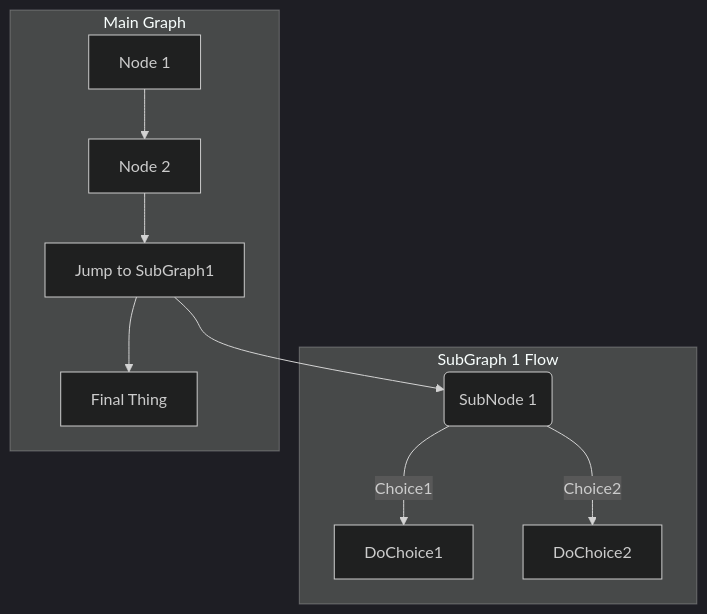
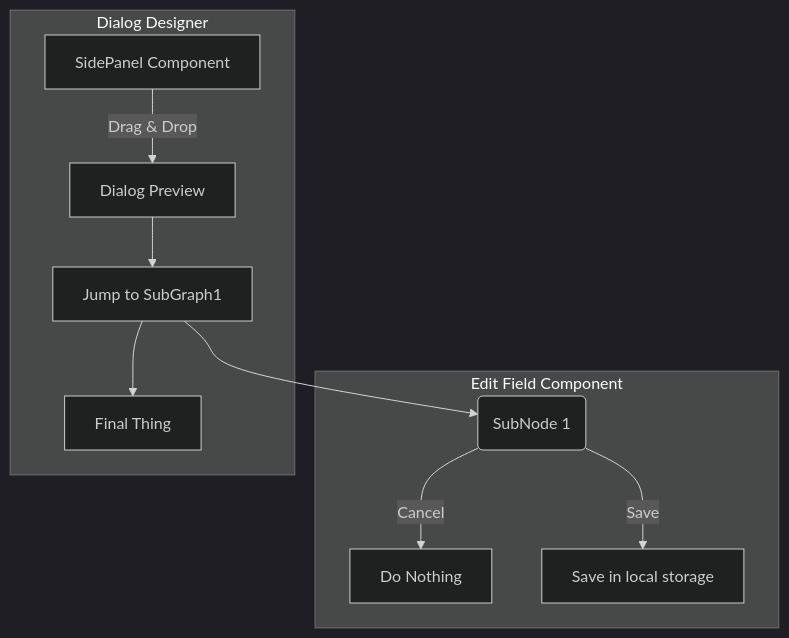
One commit to diva-e/dialog-designer changed the diagram in README.md. Above: the diagram before and after it, drawn with Mermaid (dark theme). The commit also changed other lines of this file and 1 other file, not shown here.

````diff
--- a/README.md
+++ b/README.md
@@ -119,16 +155,16 @@
 ```mermaid
 graph TB
 
   SubGraph1 --> SubGraph1Flow
-  subgraph "SubGraph 1 Flow"
+  subgraph "Edit Field Component"
   SubGraph1Flow(SubNode 1)
-  SubGraph1Flow -- Choice1 --> DoChoice1
-  SubGraph1Flow -- Choice2 --> DoChoice2
+  SubGraph1Flow -- Cancel --> DoNothing[Do Nothing]
+  SubGraph1Flow -- Save --> Save[Save in local storage]
   end
 
-  subgraph "Main Graph"
-  Node1[Node 1] --> Node2[Node 2]
-  Node2 --> SubGraph1[Jump to SubGraph1]
+  subgraph "Dialog Designer"
+  Sidepanel[SidePanel Component] -- Drag & Drop --> Preview[Dialog Preview]
+  Preview --> SubGraph1[Jump to SubGraph1]
   SubGraph1 --> FinalThing[Final Thing]
 end
 ```
````
